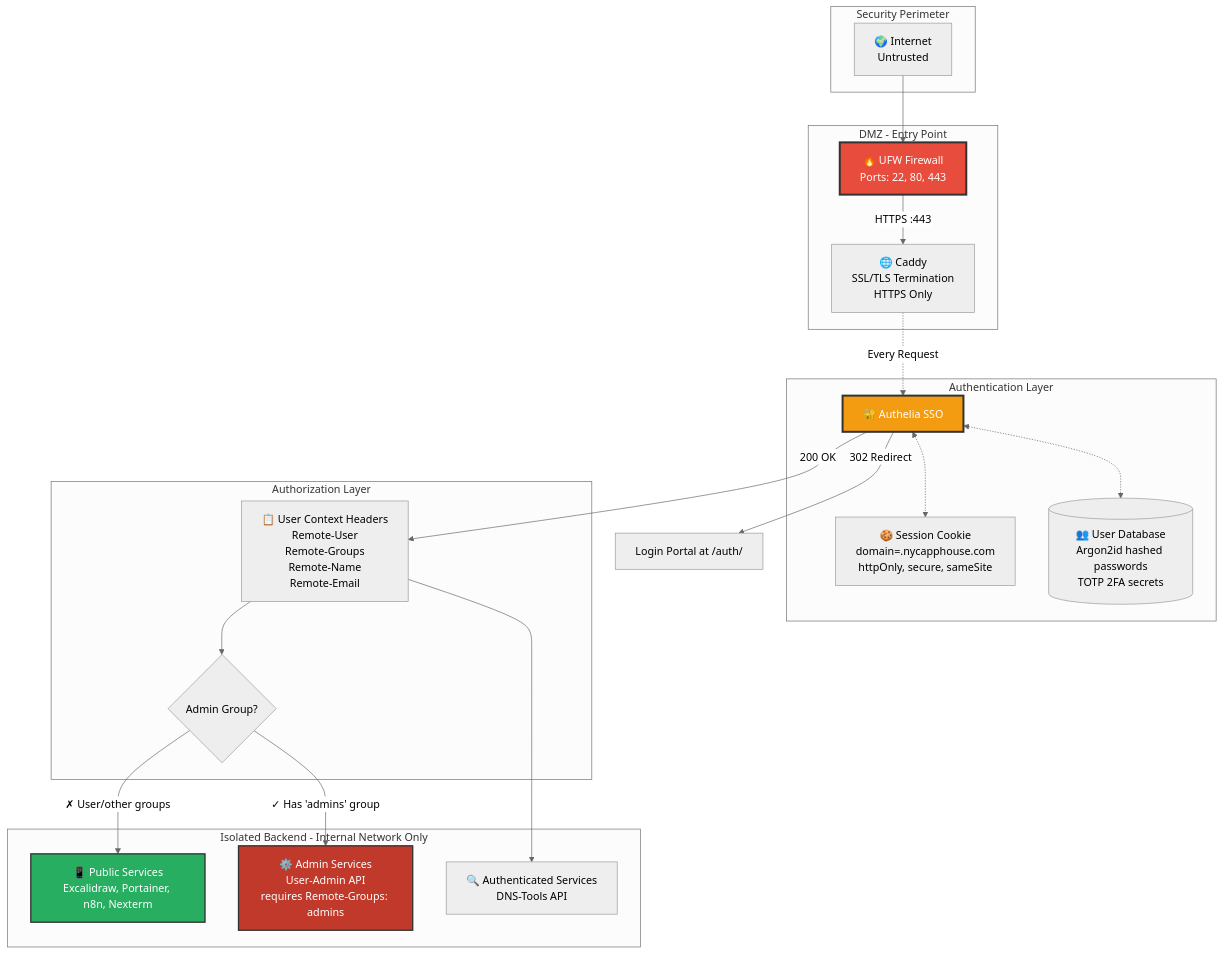
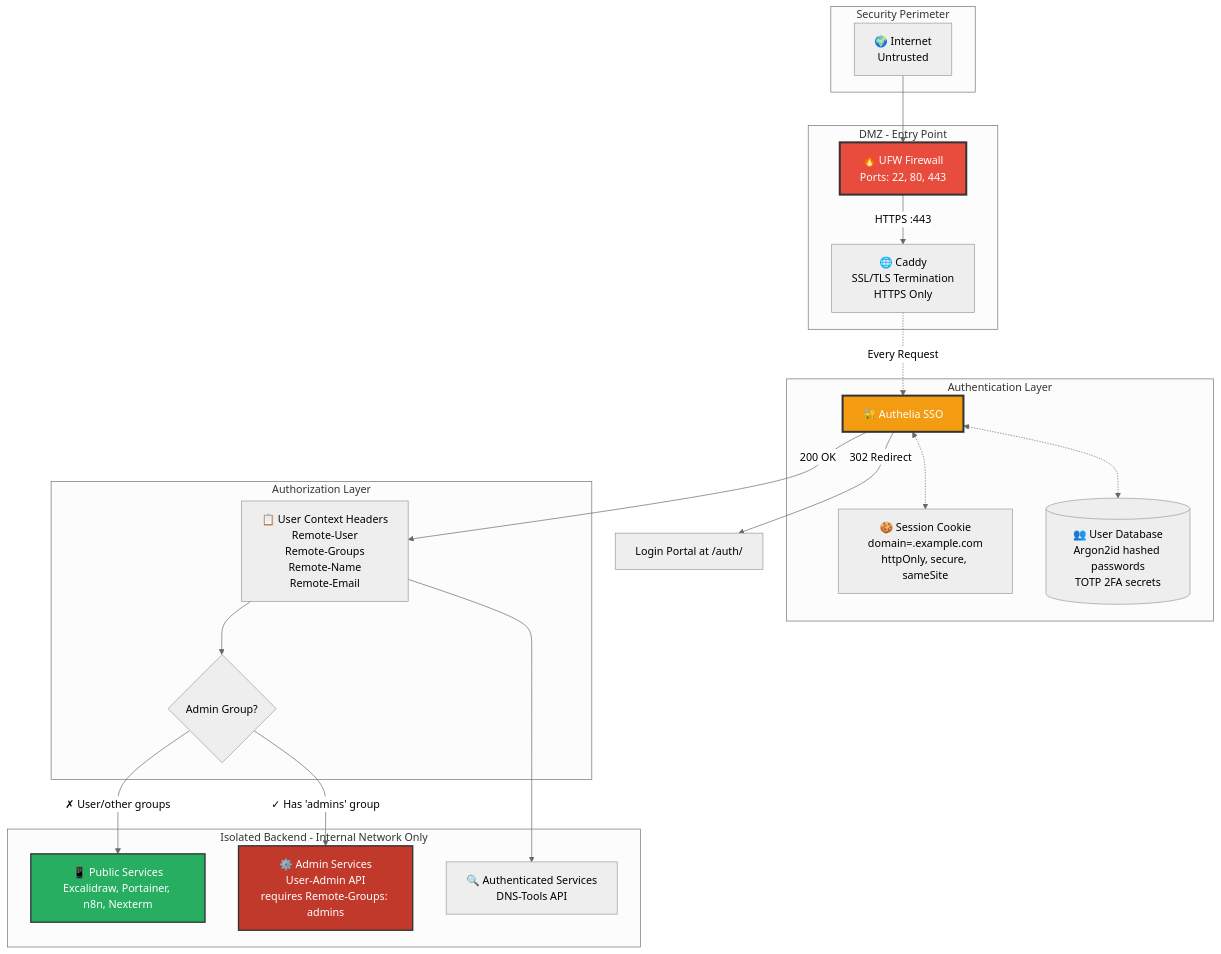
One commit to dustinnh/Walled-Garden changed the seventh of 8 diagrams in docs/advanced/walled-garden-architecture.mermaid.md. Above: the diagram before and after it, drawn with Mermaid (neutral theme). The commit also changed other lines of this file and 13 other files, not shown here.

````diff
--- a/docs/advanced/walled-garden-architecture.mermaid.md
+++ b/docs/advanced/walled-garden-architecture.mermaid.md
@@ -432,48 +432,48 @@
 ```mermaid
 graph TB
     subgraph "Security Perimeter"
         Internet[🌍 Internet<br/>Untrusted]
     end
 
     subgraph "DMZ - Entry Point"
         Firewall[🔥 UFW Firewall<br/>Ports: 22, 80, 443]
         Caddy[🌐 Caddy<br/>SSL/TLS Termination<br/>HTTPS Only]
     end
 
     subgraph "Authentication Layer"
         Authelia[🔐 Authelia SSO]
-        Session[🍪 Session Cookie<br/>domain=.nycapphouse.com<br/>httpOnly, secure, sameSite]
+        Session[🍪 Session Cookie<br/>domain=.example.com<br/>httpOnly, secure, sameSite]
         UserDB[(👥 User Database<br/>Argon2id hashed passwords<br/>TOTP 2FA secrets)]
     end
 
     subgraph "Authorization Layer"
         Headers[📋 User Context Headers<br/>Remote-User<br/>Remote-Groups<br/>Remote-Name<br/>Remote-Email]
         AdminCheck{Admin Group?}
     end
 
     subgraph "Isolated Backend - Internal Network Only"
         PublicServices[📱 Public Services<br/>Excalidraw, Portainer, n8n, Nexterm]
         AdminServices[⚙️ Admin Services<br/>User-Admin API<br/>requires Remote-Groups: admins]
         AuthServices[🔍 Authenticated Services<br/>DNS-Tools API]
     end
 
     Internet --> Firewall
     Firewall -->|HTTPS :443| Caddy
     Caddy -.->|Every Request| Authelia
 
     Authelia <-.-> Session
     Authelia <-.-> UserDB
 
     Authelia -->|200 OK| Headers
     Authelia -->|302 Redirect| LoginPage["Login Portal at /auth/"]
 
     Headers --> AdminCheck
     AdminCheck -->|✓ Has 'admins' group| AdminServices
     AdminCheck -->|✗ User/other groups| PublicServices
     Headers --> AuthServices
 
     style Firewall fill:#e74c3c,stroke:#333,stroke-width:3px,color:#fff
     style Authelia fill:#f39c12,stroke:#333,stroke-width:3px,color:#fff
     style AdminServices fill:#c0392b,stroke:#333,stroke-width:2px,color:#fff
     style PublicServices fill:#27ae60,stroke:#333,stroke-width:2px,color:#fff
 ```
````
